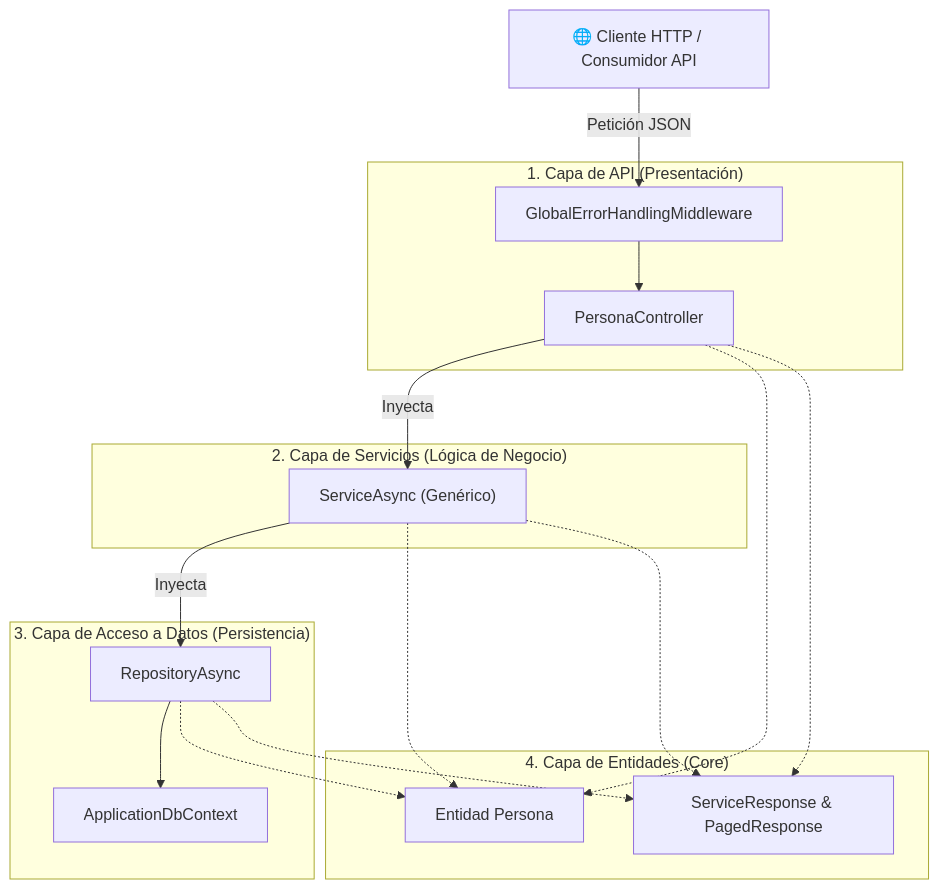
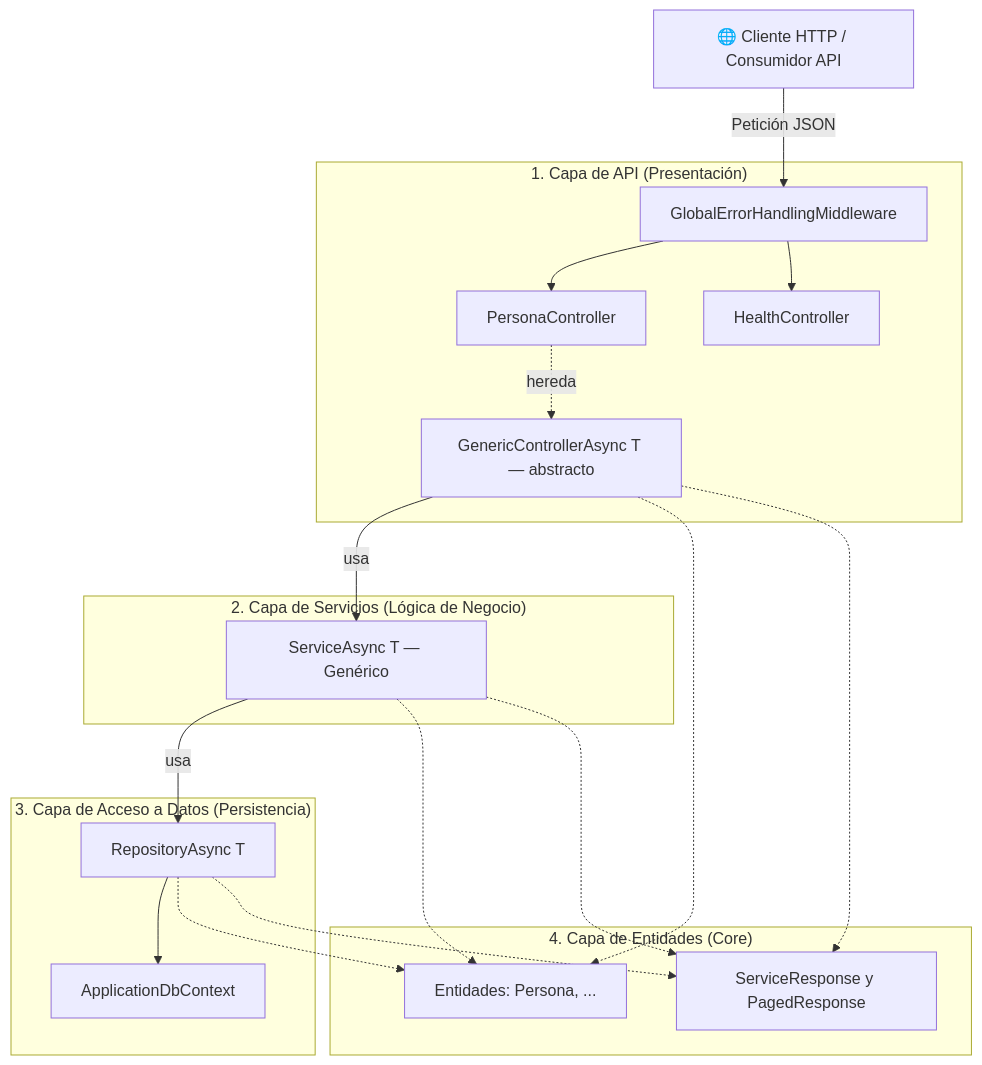
Before and after one commit to perezsebastian21/ProyectoBase: the diagram in Backend/documentacion/arquitectura_base.md, drawn with Mermaid. The commit also changed other lines of this file, not shown here.

````diff
--- a/Backend/documentacion/arquitectura_base.md
+++ b/Backend/documentacion/arquitectura_base.md
@@ -11,33 +11,37 @@
 ```mermaid
 graph TD
     Client["🌐 Cliente HTTP / Consumidor API"]
     
     subgraph "1. Capa de API (Presentación)"
         MW["GlobalErrorHandlingMiddleware"]
+        GCtrl["GenericControllerAsync T — abstracto"]
         Ctrl["PersonaController"]
+        HCtrl["HealthController"]
     end
     
     subgraph "2. Capa de Servicios (Lógica de Negocio)"
-        Serv["ServiceAsync<T> (Genérico)"]
+        Serv["ServiceAsync T — Genérico"]
     end
     
     subgraph "3. Capa de Acceso a Datos (Persistencia)"
-        Repo["RepositoryAsync<T>"]
+        Repo["RepositoryAsync T"]
         Ctx["ApplicationDbContext"]
     end
     
     subgraph "4. Capa de Entidades (Core)"
-        Ent["Entidad Persona"]
-        Helpers["ServiceResponse & PagedResponse"]
+        Ent["Entidades: Persona, ..."]
+        Helpers["ServiceResponse y PagedResponse"]
     end
     
     Client -->|Petición JSON| MW
     MW --> Ctrl
-    Ctrl -->|Inyecta| Serv
-    Serv -->|Inyecta| Repo
+    MW --> HCtrl
+    Ctrl -.->|hereda| GCtrl
+    GCtrl -->|usa| Serv
+    Serv -->|usa| Repo
     Repo --> Ctx
     
     %% Dependencia común al Core
-    Ctrl & Serv & Repo -.-> Ent
-    Ctrl & Serv & Repo -.-> Helpers
+    GCtrl & Serv & Repo -.-> Ent
+    GCtrl & Serv & Repo -.-> Helpers
 ```
````
